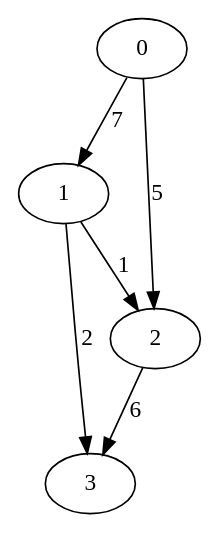
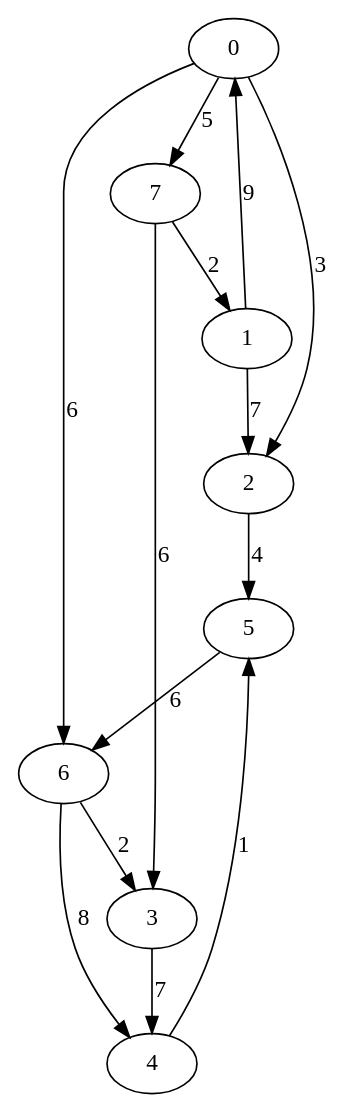
One commit to astverha/ogla2 changed the diagram in Tars/Fietsnetwerk/cmake-build-debug/begin.dot. Above: the diagram before and after it, drawn with Graphviz. The commit also changed 83 other files, not shown here.

```diff
--- a/Tars/Fietsnetwerk/cmake-build-debug/begin.dot
+++ b/Tars/Fietsnetwerk/cmake-build-debug/begin.dot
@@ -1,8 +1,15 @@
 digraph {
-0 -> 1[label="7"];
-0 -> 2[label="5"];
-1 -> 2[label="1"];
-1 -> 3[label="2"];
-2 -> 3[label="6"];
-3;
+0 -> 2[label="3"];
+0 -> 6[label="6"];
+0 -> 7[label="5"];
+1 -> 0[label="9"];
+1 -> 2[label="7"];
+2 -> 5[label="4"];
+3 -> 4[label="7"];
+4 -> 5[label="1"];
+5 -> 6[label="6"];
+6 -> 3[label="2"];
+6 -> 4[label="8"];
+7 -> 1[label="2"];
+7 -> 3[label="6"];
 }
```
